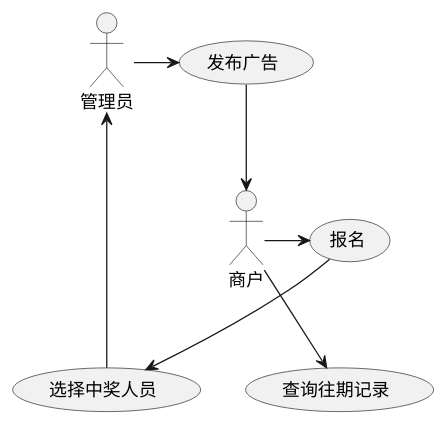
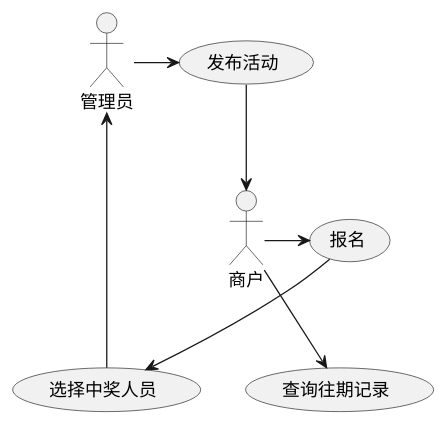
The diagram in main4-spread/main4-spread-api/src/main/resources/spread_user_case.puml (pogy/main-pom), drawn with PlantUML before and after one commit. The commit also changed 2 other files, not shown here.

```diff
--- a/main4-spread/main4-spread-api/src/main/resources/spread_user_case.puml
+++ b/main4-spread/main4-spread-api/src/main/resources/spread_user_case.puml
@@ -1,13 +1,13 @@
 @startuml
 :商户: as shanghu
 
 shanghu -> (报名)
 shanghu --> (查询往期记录)
 
 :管理员: as Admin
 
-Admin -> (发布广告)
-(发布广告) --> shanghu
+Admin -> (发布活动)
+(发布活动) --> shanghu
 Admin <- (选择中奖人员)
 (报名) --> (选择中奖人员)
 @enduml
```
